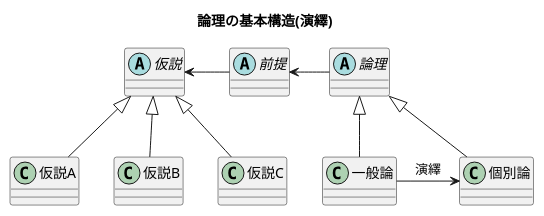
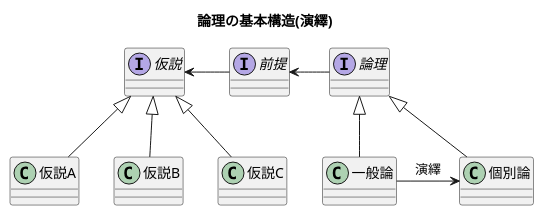
The ninth of 30 diagrams in docs/slides/WIP.md (k2works/pragmatic-presentation-exercise-2024), drawn with PlantUML before and after one commit. The commit also changed other lines of this file and 1 other file, not shown here.

````diff
--- a/docs/slides/WIP.md
+++ b/docs/slides/WIP.md
@@ -340,32 +345,32 @@
 ```plantuml
 @startuml
 
 title 論理の基本構造(演繹)
 
-abstract "論理" as A 
+interface "論理" as A 
 
 class "一般論" as B
 
 class "個別論" as C
 
-abstract "前提" as D 
+interface "前提" as D 
 
-abstract "仮説" as E
+interface "仮説" as E
 
 class "仮説A" as F
 
 class "仮説B" as G
 
 class "仮説C" as H
 
 D <- A
 E <- D
 E <|-- F
 E <|-- G
 E <|-- H
 A <|-- B
 A <|-- C
 B -> C : 演繹
 
 @enduml
 ```
````
